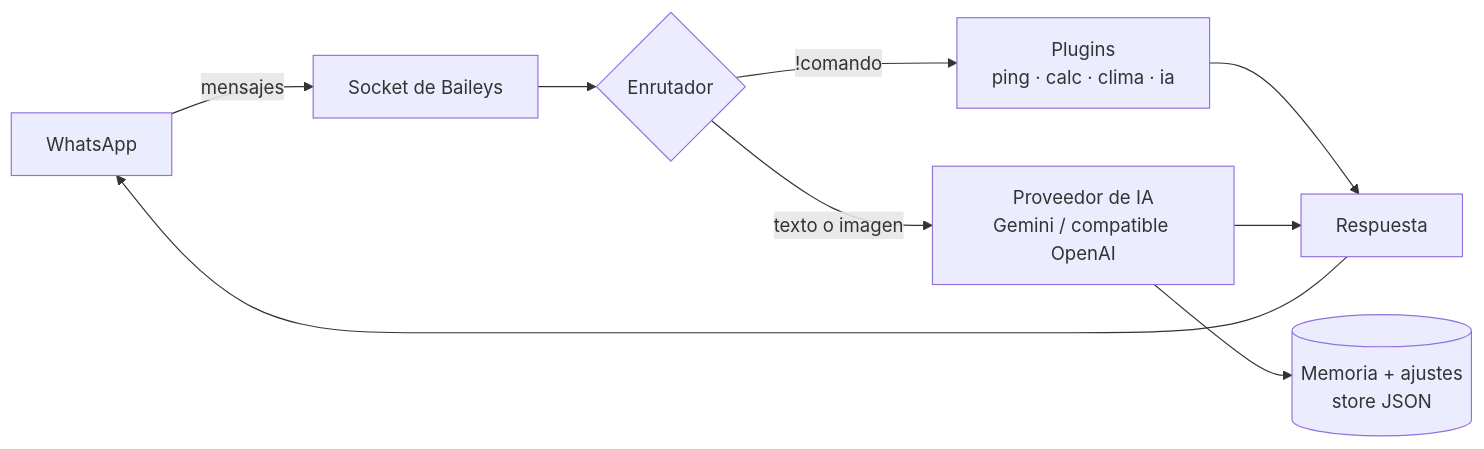
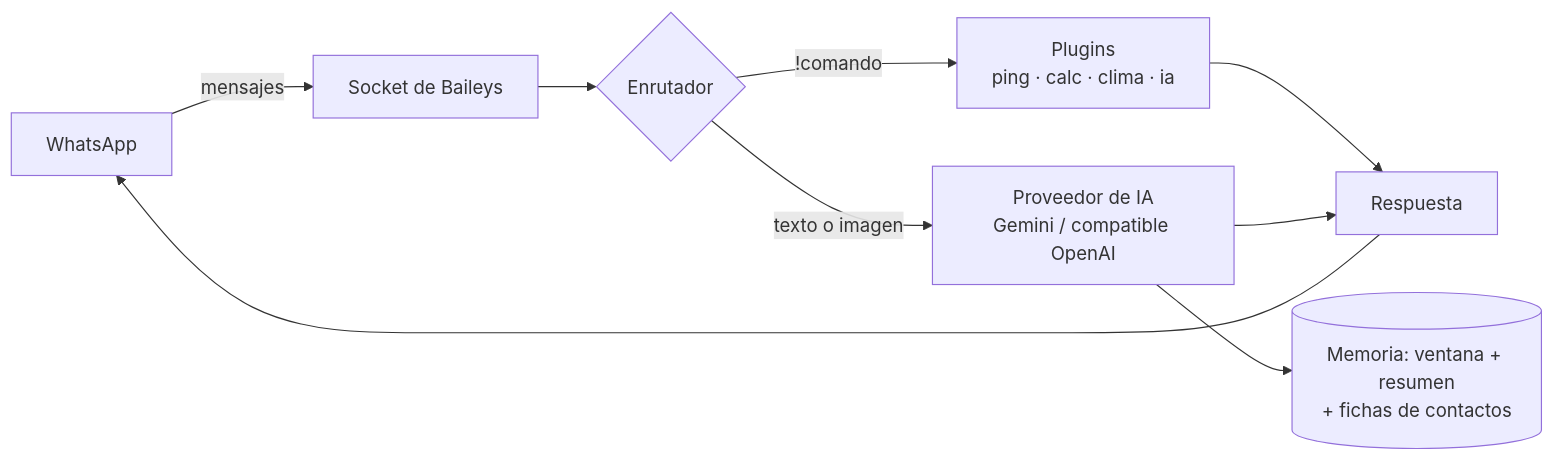
Before and after one commit to 987rafa/whatsapp-ai-agent: the diagram in README.es.md, drawn with Mermaid. The commit also changed other lines of this file and 17 other files, not shown here.

````diff
--- a/README.es.md
+++ b/README.es.md
@@ -119,11 +144,11 @@
 ```mermaid
 flowchart LR
     WA[WhatsApp] -->|mensajes| B[Socket de Baileys]
     B --> R{Enrutador}
     R -->|"!comando"| P[Plugins<br/>ping · calc · clima · ia]
     R -->|texto o imagen| A[Proveedor de IA<br/>Gemini / compatible OpenAI]
-    A --> M[(Memoria + ajustes<br/>store JSON)]
+    A --> M[(Memoria: ventana + resumen<br/>+ fichas de contactos)]
     P --> O[Respuesta]
     A --> O
     O --> WA
 ```
````
